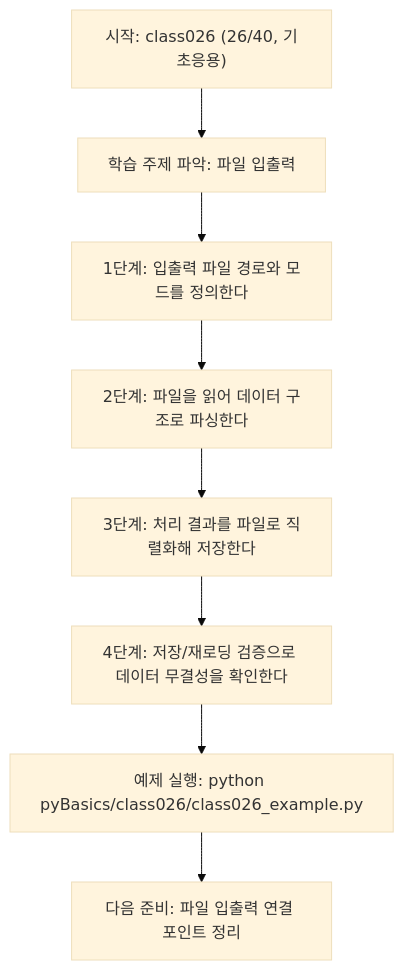
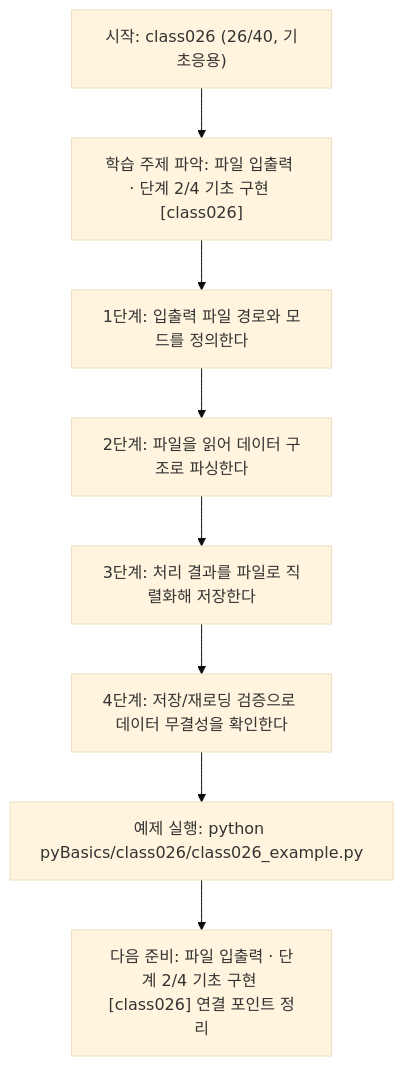
One commit to edumgt/Python-AI_Agent-Class changed the diagram in pyBasics/class026/class026.md. Above: the diagram before and after it, drawn with Mermaid (base theme). The commit also changed other lines of this file and 522 other files, not shown here.

````diff
--- a/pyBasics/class026/class026.md
+++ b/pyBasics/class026/class026.md
@@ -108,18 +109,18 @@
 ```mermaid
 flowchart TD
 N1["시작: class026 (26/40, 기초응용)"]
-N2["학습 주제 파악: 파일 입출력"]
+N2["학습 주제 파악: 파일 입출력 · 단계 2/4 기초 구현 [class026]"]
 N3["1단계: 입출력 파일 경로와 모드를 정의한다"]
 N4["2단계: 파일을 읽어 데이터 구조로 파싱한다"]
 N5["3단계: 처리 결과를 파일로 직렬화해 저장한다"]
 N6["4단계: 저장/재로딩 검증으로 데이터 무결성을 확인한다"]
 N7["예제 실행: python pyBasics/class026/class026_example.py"]
-N8["다음 준비: 파일 입출력 연결 포인트 정리"]
+N8["다음 준비: 파일 입출력 · 단계 2/4 기초 구현 [class026] 연결 포인트 정리"]
 N1 --> N2
 N2 --> N3
 N3 --> N4
 N4 --> N5
 N5 --> N6
 N6 --> N7
 N7 --> N8
 ```
````
